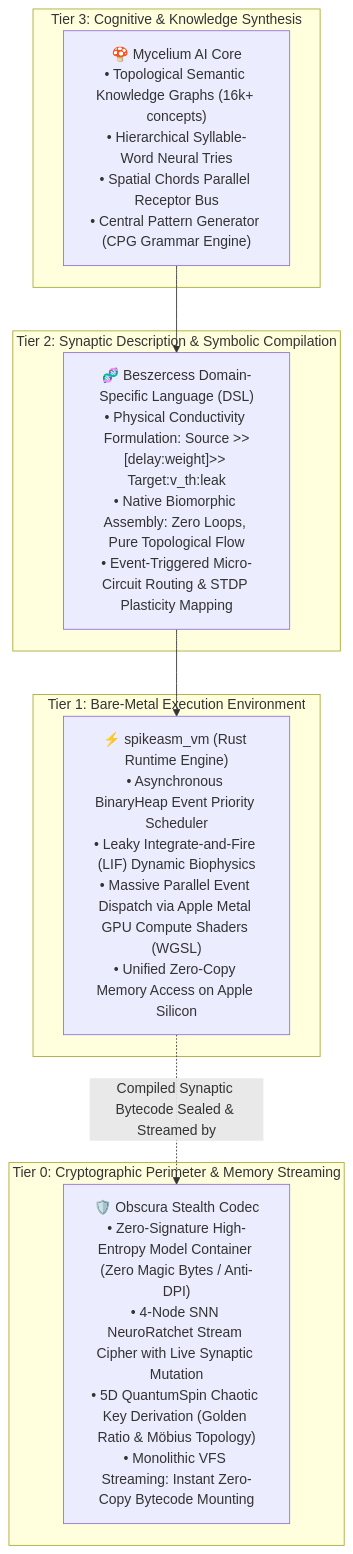
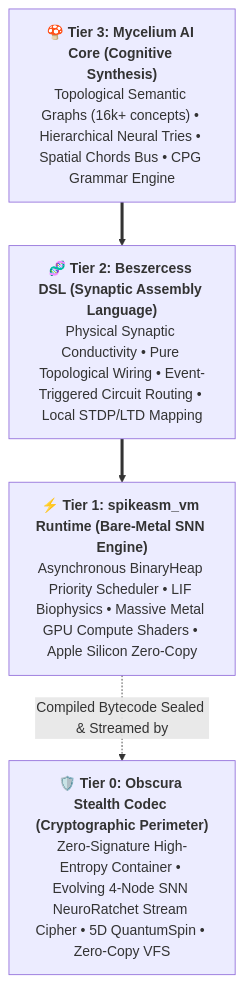
The first of 2 diagrams in README.md (sangaafilum/Mycelium-AI), drawn with Mermaid before and after one commit. The commit also changed other lines of this file and 1 other file, not shown here.

Commit message:
docs: redesign architecture diagrams to wide horizontal full-width layouts with descending cascade arrows

````diff
--- a/README.md
+++ b/README.md
@@ -22,19 +22,11 @@
 ```mermaid
 flowchart TD
-    subgraph L3["Tier 3: Cognitive & Knowledge Synthesis"]
-        MYC["🍄 Mycelium AI Core<br/>• Topological Semantic Knowledge Graphs (16k+ concepts)<br/>• Hierarchical Syllable-Word Neural Tries<br/>• Spatial Chords Parallel Receptor Bus<br/>• Central Pattern Generator (CPG Grammar Engine)"]
-    end
-    subgraph L2["Tier 2: Synaptic Description & Symbolic Compilation"]
-        BESZ["🧬 Beszercess Domain-Specific Language (DSL)<br/>• Physical Conductivity Formulation: Source >>[delay:weight]>> Target:v_th:leak<br/>• Native Biomorphic Assembly: Zero Loops, Pure Topological Flow<br/>• Event-Triggered Micro-Circuit Routing & STDP Plasticity Mapping"]
-    end
-    subgraph L1["Tier 1: Bare-Metal Execution Environment"]
-        SVM["⚡ spikeasm_vm (Rust Runtime Engine)<br/>• Asynchronous BinaryHeap Event Priority Scheduler<br/>• Leaky Integrate-and-Fire (LIF) Dynamic Biophysics<br/>• Massive Parallel Event Dispatch via Apple Metal GPU Compute Shaders (WGSL)<br/>• Unified Zero-Copy Memory Access on Apple Silicon"]
-    end
-    subgraph L0["Tier 0: Cryptographic Perimeter & Memory Streaming"]
-        OBS["🛡️ Obscura Stealth Codec<br/>• Zero-Signature High-Entropy Model Container (Zero Magic Bytes / Anti-DPI)<br/>• 4-Node SNN NeuroRatchet Stream Cipher with Live Synaptic Mutation<br/>• 5D QuantumSpin Chaotic Key Derivation (Golden Ratio & Möbius Topology)<br/>• Monolithic VFS Streaming: Instant Zero-Copy Bytecode Mounting"]
-    end
+    MYC["<b>🍄 Tier 3: Mycelium AI Core (Cognitive Synthesis)</b><br/>Topological Semantic Graphs (16k+ concepts) • Hierarchical Neural Tries • Spatial Chords Bus • CPG Grammar Engine"]
+    BESZ["<b>🧬 Tier 2: Beszercess DSL (Synaptic Assembly Language)</b><br/>Physical Synaptic Conductivity • Pure Topological Wiring • Event-Triggered Circuit Routing • Local STDP/LTD Mapping"]
+    SVM["<b>⚡ Tier 1: spikeasm_vm Runtime (Bare-Metal SNN Engine)</b><br/>Asynchronous BinaryHeap Priority Scheduler • LIF Biophysics • Massive Metal GPU Compute Shaders • Apple Silicon Zero-Copy"]
+    OBS["<b>🛡️ Tier 0: Obscura Stealth Codec (Cryptographic Perimeter)</b><br/>Zero-Signature High-Entropy Container • Evolving 4-Node SNN NeuroRatchet Stream Cipher • 5D QuantumSpin • Zero-Copy VFS"]
 
-    MYC --> BESZ
-    BESZ --> SVM
-    SVM -. "Compiled Synaptic Bytecode Sealed & Streamed by" .-> OBS
+    MYC ==> BESZ
+    BESZ ==> SVM
+    SVM -. "Compiled Bytecode Sealed & Streamed by" .-> OBS
 ```
````
